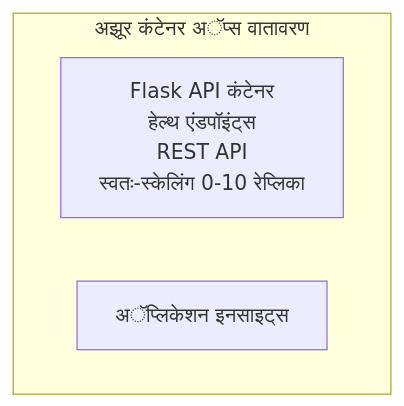
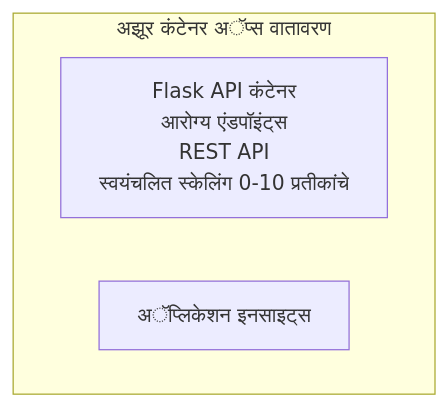
Before and after one commit to microsoft/AZD-for-beginners: the diagram in translations/mr/examples/container-app/simple-flask-api/README.md, drawn with Mermaid. The commit also changed other lines of this file and 104 other files, not shown here.

````diff
--- a/translations/mr/examples/container-app/simple-flask-api/README.md
+++ b/translations/mr/examples/container-app/simple-flask-api/README.md
@@ -26,7 +26,7 @@
 ```mermaid
 graph TD
     subgraph ACA[अझूर कंटेनर अॅप्स वातावरण]
-        Flask[Flask API कंटेनर<br/>हेल्थ एंडपॉइंट्स<br/>REST API<br/>स्वतः-स्केलिंग 0-10 रेप्लिका]
+        Flask[Flask API कंटेनर<br/>आरोग्य एंडपॉइंट्स<br/>REST API<br/>स्वयंचलित स्केलिंग 0-10 प्रतीकांचे]
         AppInsights[अॅप्लिकेशन इनसाइट्स]
     end
 ```
````
